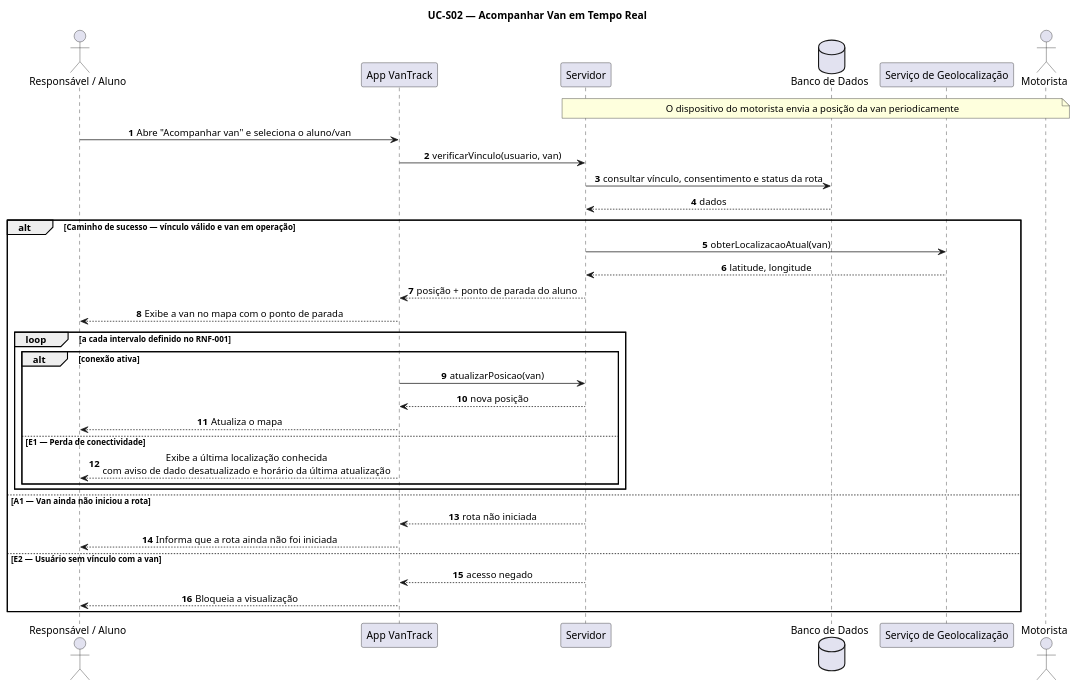
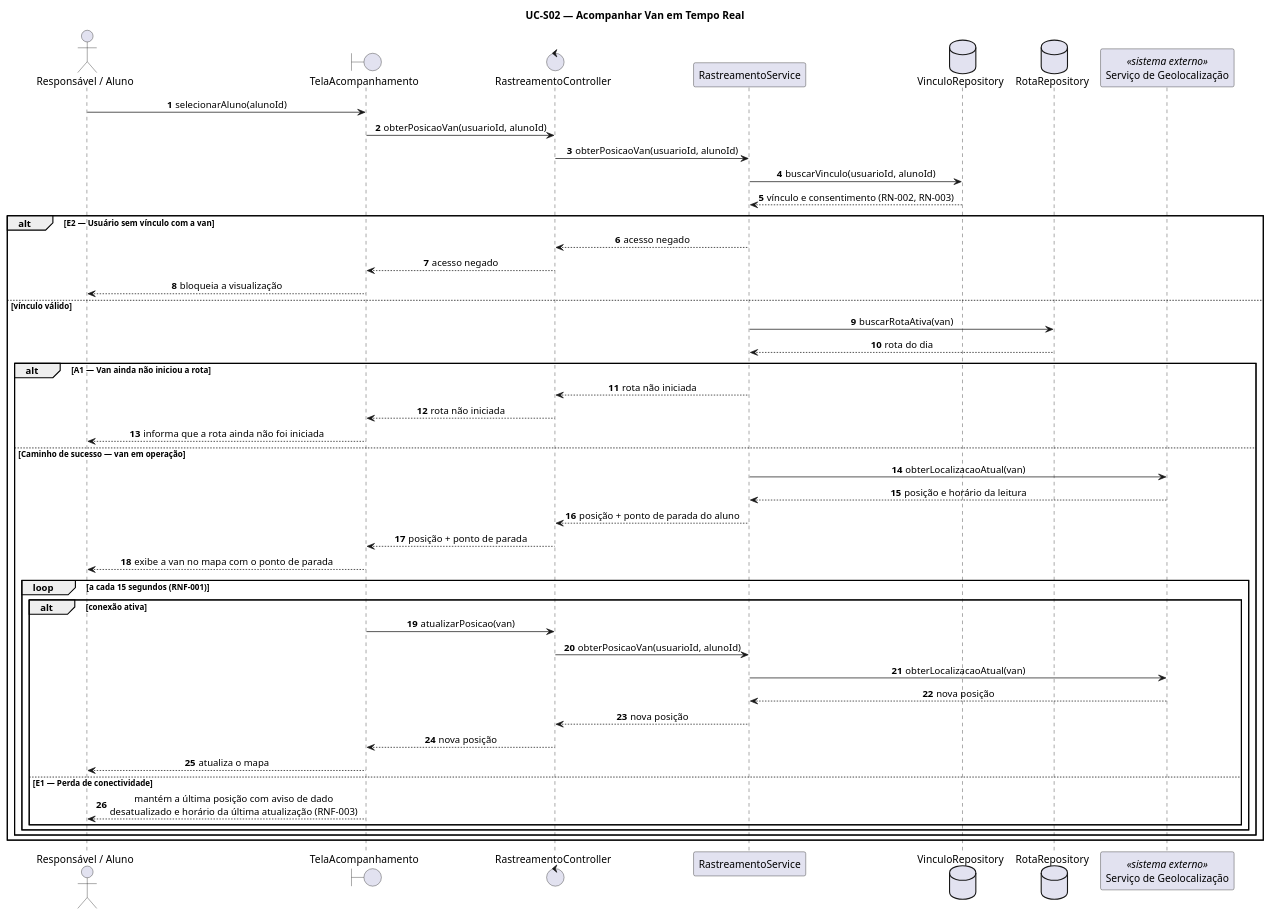
The diagram in documentos/atividade-04/scripts/UC-S02.puml (luisgustavoribeirodefreitas/VanTrack), drawn with PlantUML before and after one commit. The commit also changed 63 other files, not shown here.

```diff
--- a/documentos/atividade-04/scripts/UC-S02.puml
+++ b/documentos/atividade-04/scripts/UC-S02.puml
@@ -1,42 +1,55 @@
 @startuml UC-S02
 title UC-S02 — Acompanhar Van em Tempo Real
 skinparam sequenceMessageAlign center
+skinparam responseMessageBelowArrow true
 autonumber
 
 actor "Responsável / Aluno" as U
-participant "App VanTrack" as App
-participant "Servidor" as API
-database "Banco de Dados" as DB
-participant "Serviço de Geolocalização" as Geo
-actor "Motorista" as M
+boundary "TelaAcompanhamento" as T
+control "RastreamentoController" as C
+participant "RastreamentoService" as S
+database "VinculoRepository" as VRepo
+database "RotaRepository" as RRepo
+participant "Serviço de Geolocalização" as Geo <<sistema externo>>
 
-note over M, API : O dispositivo do motorista envia a posição da van periodicamente
+U -> T : selecionarAluno(alunoId)
+T -> C : obterPosicaoVan(usuarioId, alunoId)
+C -> S : obterPosicaoVan(usuarioId, alunoId)
+S -> VRepo : buscarVinculo(usuarioId, alunoId)
+VRepo --> S : vínculo e consentimento (RN-002, RN-003)
 
-U -> App : Abre "Acompanhar van" e seleciona o aluno/van
-App -> API : verificarVinculo(usuario, van)
-API -> DB : consultar vínculo, consentimento e status da rota
-DB --> API : dados
+alt E2 — Usuário sem vínculo com a van
+    S --> C : acesso negado
+    C --> T : acesso negado
+    T --> U : bloqueia a visualização
+else vínculo válido
+    S -> RRepo : buscarRotaAtiva(van)
+    RRepo --> S : rota do dia
 
-alt Caminho de sucesso — vínculo válido e van em operação
-    API -> Geo : obterLocalizacaoAtual(van)
-    Geo --> API : latitude, longitude
-    API --> App : posição + ponto de parada do aluno
-    App --> U : Exibe a van no mapa com o ponto de parada
+    alt A1 — Van ainda não iniciou a rota
+        S --> C : rota não iniciada
+        C --> T : rota não iniciada
+        T --> U : informa que a rota ainda não foi iniciada
+    else Caminho de sucesso — van em operação
+        S -> Geo : obterLocalizacaoAtual(van)
+        Geo --> S : posição e horário da leitura
+        S --> C : posição + ponto de parada do aluno
+        C --> T : posição + ponto de parada
+        T --> U : exibe a van no mapa com o ponto de parada
 
-    loop a cada intervalo definido no RNF-001
-        alt conexão ativa
-            App -> API : atualizarPosicao(van)
-            API --> App : nova posição
-            App --> U : Atualiza o mapa
-        else E1 — Perda de conectividade
-            App --> U : Exibe a última localização conhecida\ncom aviso de dado desatualizado e horário da última atualização
+        loop a cada 15 segundos (RNF-001)
+            alt conexão ativa
+                T -> C : atualizarPosicao(van)
+                C -> S : obterPosicaoVan(usuarioId, alunoId)
+                S -> Geo : obterLocalizacaoAtual(van)
+                Geo --> S : nova posição
+                S --> C : nova posição
+                C --> T : nova posição
+                T --> U : atualiza o mapa
+            else E1 — Perda de conectividade
+                T --> U : mantém a última posição com aviso de dado\ndesatualizado e horário da última atualização (RNF-003)
+            end
         end
     end
-else A1 — Van ainda não iniciou a rota
-    API --> App : rota não iniciada
-    App --> U : Informa que a rota ainda não foi iniciada
-else E2 — Usuário sem vínculo com a van
-    API --> App : acesso negado
-    App --> U : Bloqueia a visualização
 end
 @enduml
```
